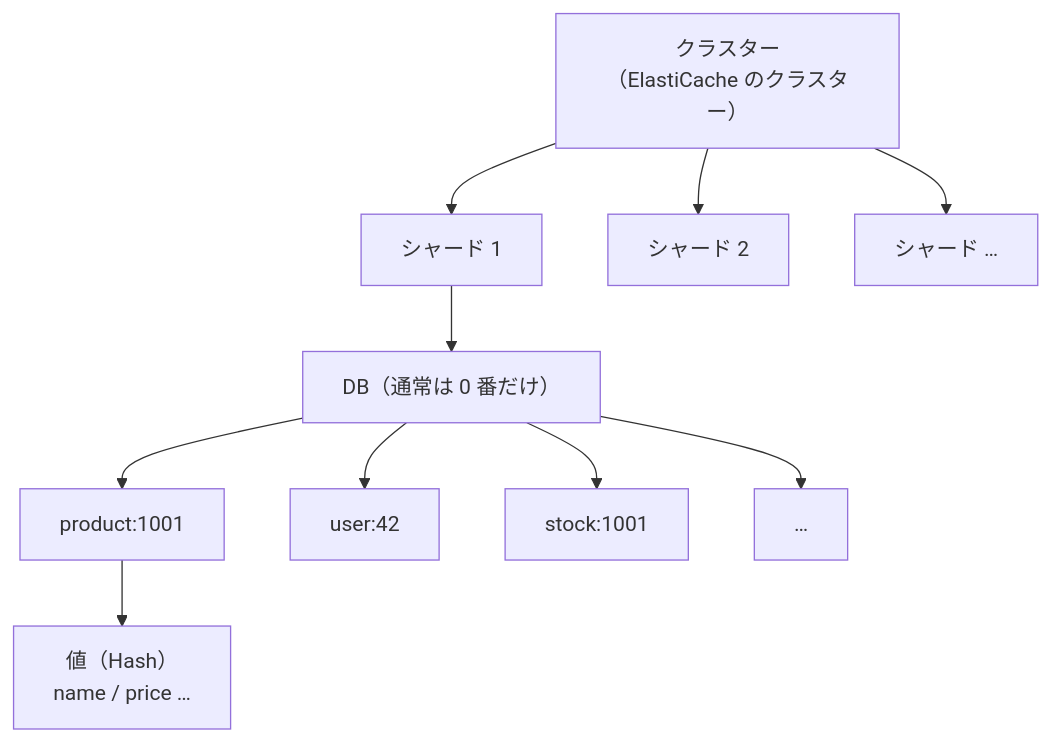
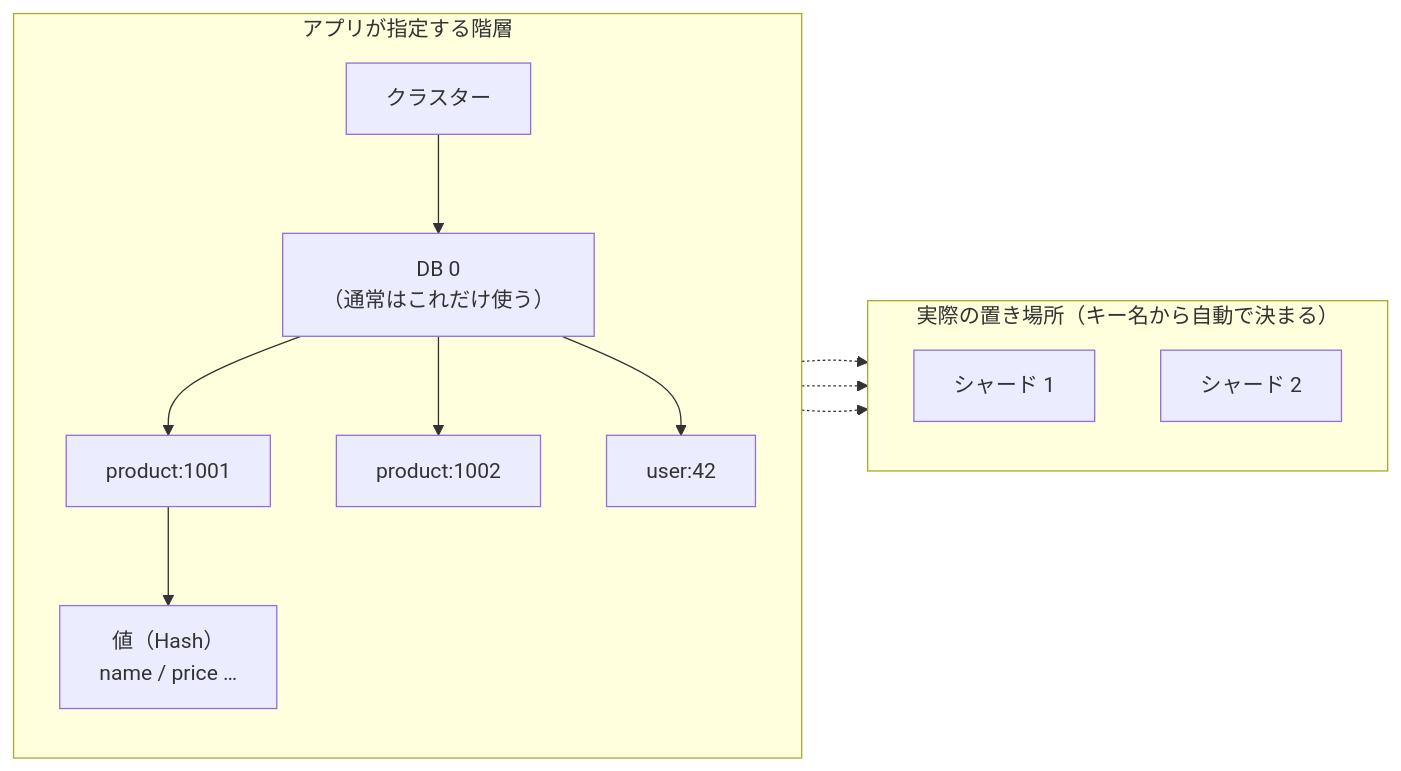
The second of 4 diagrams in docs/02-basics-and-keys.md (AtsushiNi/valkey-docs), drawn with Mermaid before and after one commit. The commit also changed other lines of this file, not shown here.

First line of the commit message:
02章「データの階層」を、比較表から RDB と Valkey の図2枚に変更

````diff
--- a/docs/02-basics-and-keys.md
+++ b/docs/02-basics-and-keys.md
@@ -52,12 +77,19 @@
 ```mermaid
-flowchart TB
-    C["クラスター<br/>（ElastiCache のクラスター）"] --> S1["シャード 1"]
-    C --> S2["シャード 2"]
-    C --> S3["シャード …"]
-    S1 --> D["DB（通常は 0 番だけ）"]
-    D --> K1["product:1001"]
-    D --> K2["user:42"]
-    D --> K3["stock:1001"]
-    D --> K4["…"]
-    K1 --> V1["値（Hash）<br/>name / price …"]
+flowchart LR
+    subgraph L["アプリが指定する階層"]
+        direction TB
+        C["クラスター"] --> D["DB 0<br/>（通常はこれだけ使う）"]
+        D --> K1["product:1001"]
+        D --> K2["product:1002"]
+        D --> K3["user:42"]
+        K1 --> V1["値（Hash）<br/>name / price …"]
+    end
+    subgraph P["実際の置き場所（キー名から自動で決まる）"]
+        direction TB
+        S1["シャード 1"]
+        S2["シャード 2"]
+    end
+    K1 -.-> S1
+    K2 -.-> S2
+    K3 -.-> S1
 ```
````
